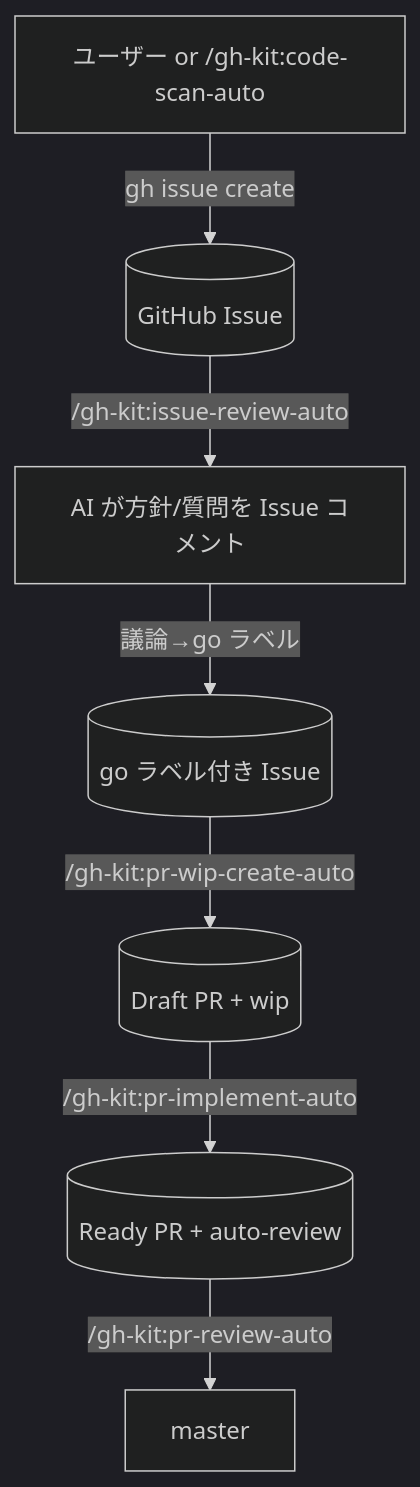
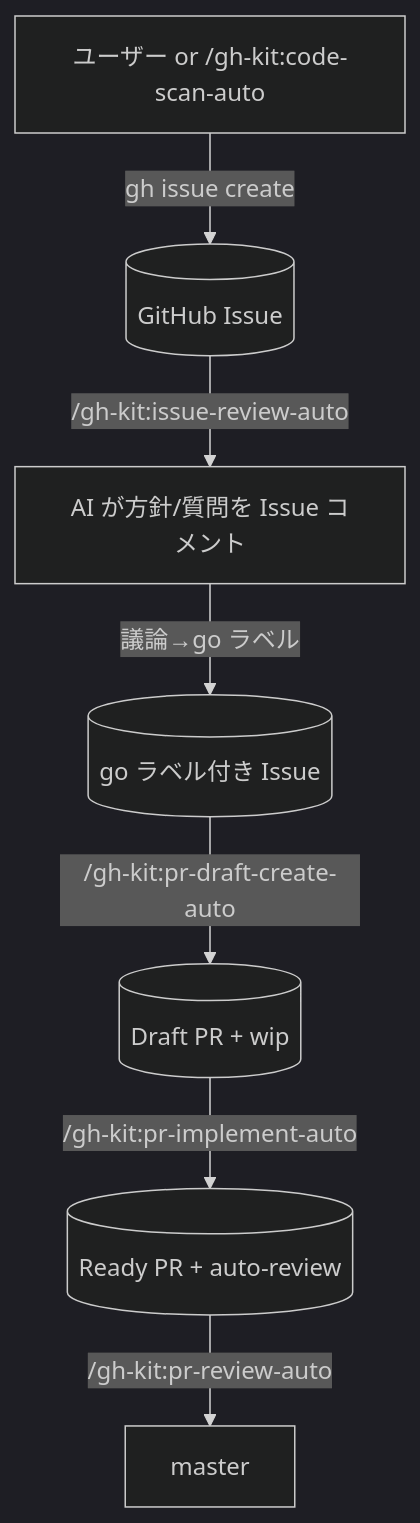
Before and after one commit to shuhei1101/my-plugins: the first of 3 diagrams in .work/notes/プラグイン/gh-kitプラグイン.md, drawn with Mermaid (dark theme). The commit also changed other lines of this file and 15 other files, not shown here.

First line of the commit message:
refactor(gh-kit): エージェントの動的注入を bash 直接実行に修正 + pr-wip → pr-draft（v0.9）

````diff
--- a/.work/notes/プラグイン/gh-kitプラグイン.md
+++ b/.work/notes/プラグイン/gh-kitプラグイン.md
@@ -12,9 +12,9 @@
 ```mermaid
 flowchart TD
   U[ユーザー or /gh-kit:code-scan-auto] -->|gh issue create| Issue[(GitHub Issue)]
   Issue -->|/gh-kit:issue-review-auto| Review[AI が方針/質問を Issue コメント]
   Review -->|議論→go ラベル| Go[(go ラベル付き Issue)]
-  Go -->|/gh-kit:pr-wip-create-auto| WIP[(Draft PR + wip)]
+  Go -->|/gh-kit:pr-draft-create-auto| WIP[(Draft PR + wip)]
   WIP -->|/gh-kit:pr-implement-auto| Ready[(Ready PR + auto-review)]
   Ready -->|/gh-kit:pr-review-auto| Master[master]
 ```
````
